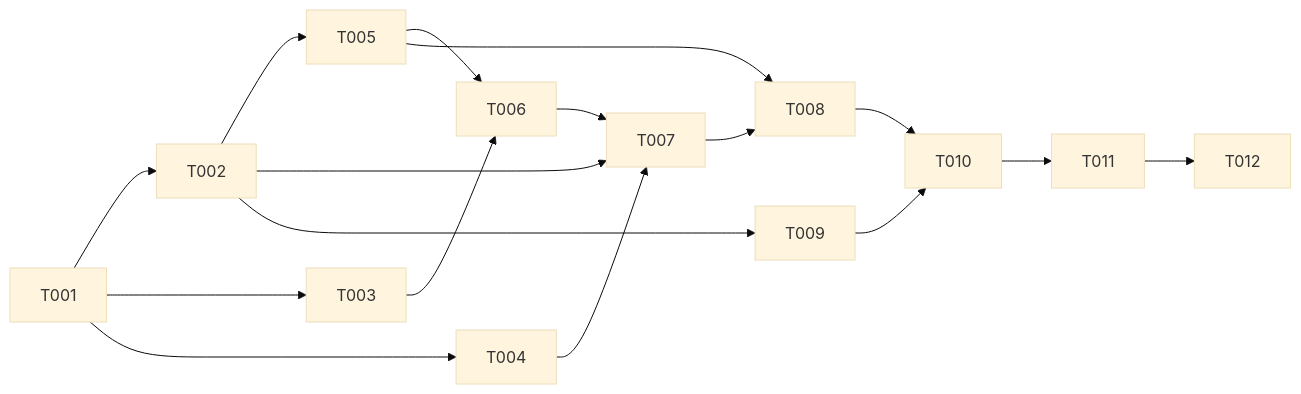
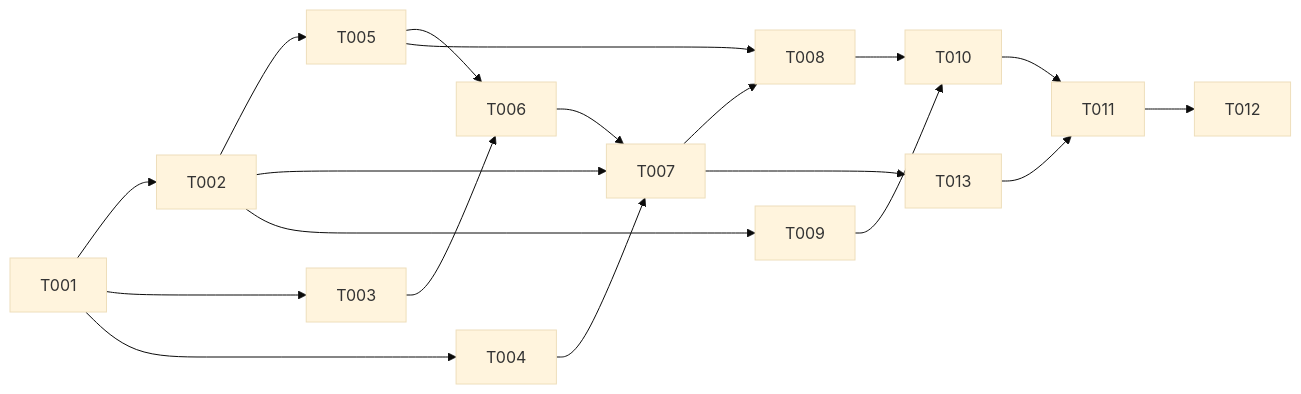
One commit to rbonillajr/gitRaptor changed the third of 3 diagrams in docs/requirements/features/worktree-lifecycle/dev-specs/US-WTL-001-dev-spec.md. Above: the diagram before and after it, drawn with Mermaid (base theme). The commit also changed other lines of this file and 6 other files, not shown here.

````diff
--- a/docs/requirements/features/worktree-lifecycle/dev-specs/US-WTL-001-dev-spec.md
+++ b/docs/requirements/features/worktree-lifecycle/dev-specs/US-WTL-001-dev-spec.md
@@ -260,19 +264,21 @@
 ```mermaid
 graph LR
     T001 --> T002
     T001 --> T003
     T001 --> T004
     T002 --> T005
     T003 --> T006
     T005 --> T006
     T002 --> T007
     T004 --> T007
     T006 --> T007
     T005 --> T008
     T007 --> T008
     T002 --> T009
     T008 --> T010
     T009 --> T010
     T010 --> T011
+    T007 --> T013
+    T013 --> T011
     T011 --> T012
 ```
````
